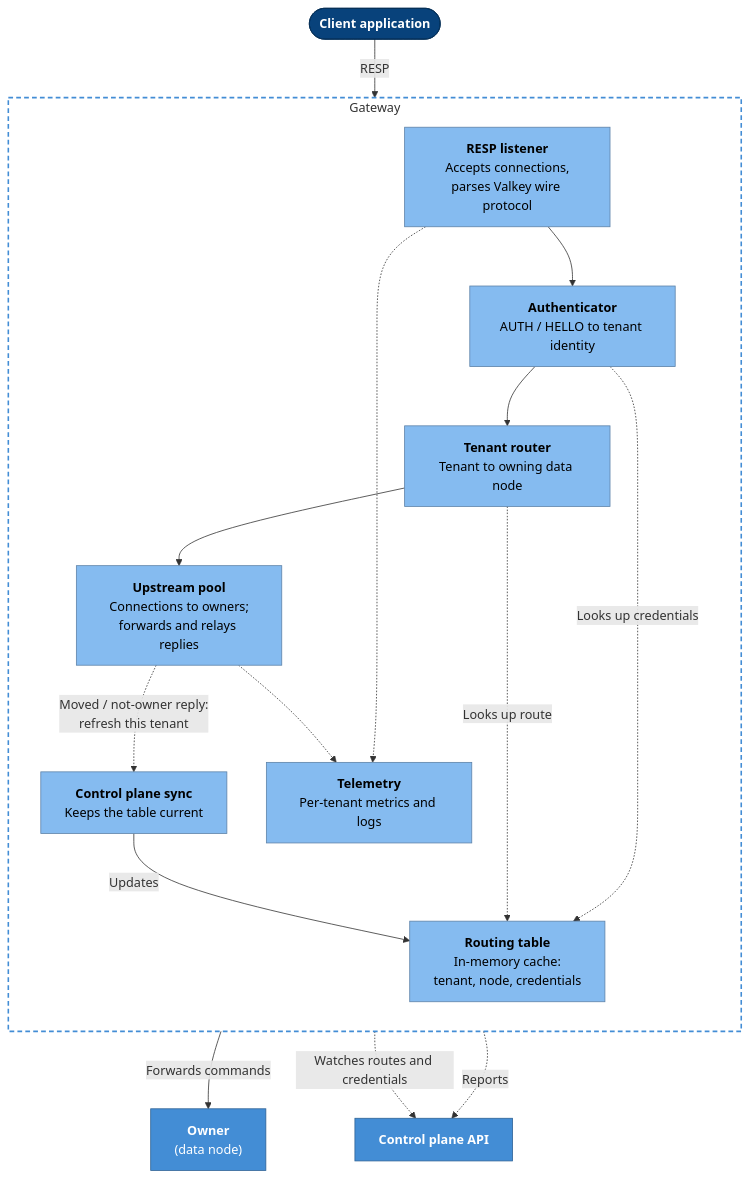
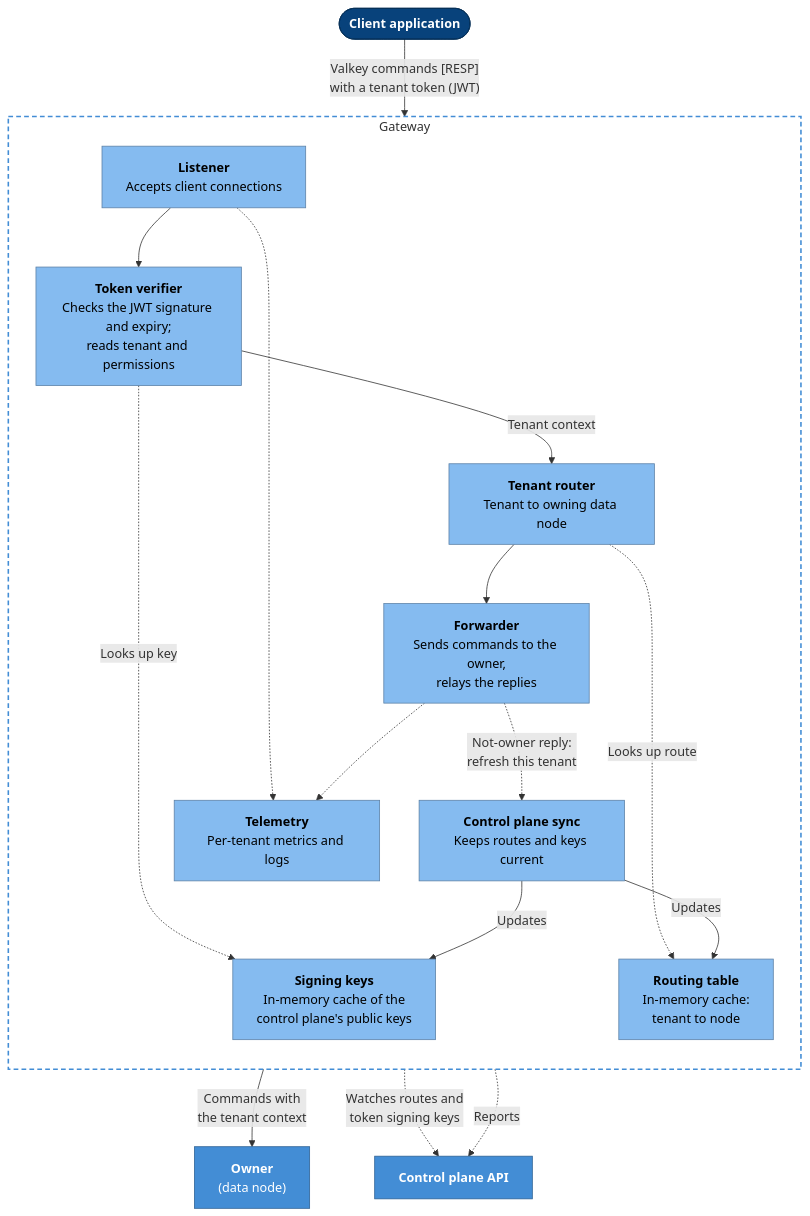
The diagram in docs/diagrams/03-components-gateway.md (nickstrad/strata), drawn with Mermaid before and after one commit. The commit also changed other lines of this file and 5 other files, not shown here.

First line of the commit message:
Diagrams: gateway checks a tenant token; control plane owns auth

````diff
--- a/docs/diagrams/03-components-gateway.md
+++ b/docs/diagrams/03-components-gateway.md
@@ -5,41 +6,43 @@
 ```mermaid
 flowchart TB
     client(["<b>Client application</b>"])
 
     subgraph gw["Gateway"]
         direction TB
-        listener["<b>RESP listener</b><br/>Accepts connections,<br/>parses Valkey wire protocol"]
-        auth["<b>Authenticator</b><br/>AUTH / HELLO to tenant identity"]
+        listener["<b>Listener</b><br/>Accepts client connections"]
+        verify["<b>Token verifier</b><br/>Checks the JWT signature and expiry;<br/>reads tenant and permissions"]
         router["<b>Tenant router</b><br/>Tenant to owning data node"]
-        table["<b>Routing table</b><br/>In-memory cache:<br/>tenant, node, credentials"]
-        sync["<b>Control plane sync</b><br/>Keeps the table current"]
-        pool["<b>Upstream pool</b><br/>Connections to owners;<br/>forwards and relays replies"]
+        table["<b>Routing table</b><br/>In-memory cache:<br/>tenant to node"]
+        keys["<b>Signing keys</b><br/>In-memory cache of the<br/>control plane's public keys"]
+        sync["<b>Control plane sync</b><br/>Keeps routes and keys current"]
+        fwd["<b>Forwarder</b><br/>Sends commands to the owner,<br/>relays the replies"]
         telemetry["<b>Telemetry</b><br/>Per-tenant metrics and logs"]
     end
 
     owner["<b>Owner</b><br/>(data node)"]
     cpapi["<b>Control plane API</b>"]
 
-    client -- "RESP" --> listener
-    listener --> auth
-    auth --> router
-    router --> pool
-    pool -- "Forwards commands" --> owner
+    client -- "Valkey commands [RESP]<br/>with a tenant token (JWT)" --> listener
+    listener --> verify
+    verify -- "Tenant context" --> router
+    router --> fwd
+    fwd -- "Commands with<br/>the tenant context" --> owner
 
-    auth -. "Looks up credentials" .-> table
+    verify -. "Looks up key" .-> keys
     router -. "Looks up route" .-> table
     sync -- "Updates" --> table
-    sync -. "Watches routes and credentials" .-> cpapi
-    pool -. "Moved / not-owner reply:<br/>refresh this tenant" .-> sync
+    sync -- "Updates" --> keys
+    sync -. "Watches routes and<br/>token signing keys" .-> cpapi
+    fwd -. "Not-owner reply:<br/>refresh this tenant" .-> sync
     listener -.-> telemetry
-    pool -.-> telemetry
+    fwd -.-> telemetry
     telemetry -. "Reports" .-> cpapi
 
     classDef person fill:#08427b,stroke:#052e56,color:#ffffff
     classDef component fill:#85bbf0,stroke:#5d82a8,color:#000000
     classDef container fill:#438dd5,stroke:#2e6295,color:#ffffff
     class client person
-    class listener,auth,router,table,sync,pool,telemetry component
+    class listener,verify,router,table,keys,sync,fwd,telemetry component
     class owner,cpapi container
     style gw fill:none,stroke:#438dd5,stroke-width:2px,stroke-dasharray:6 4
 ```
````
